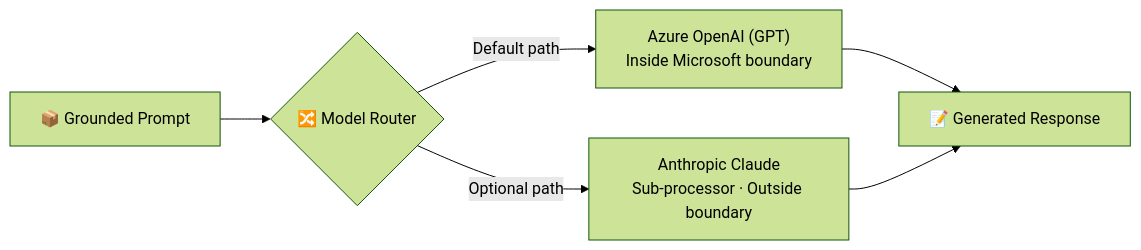
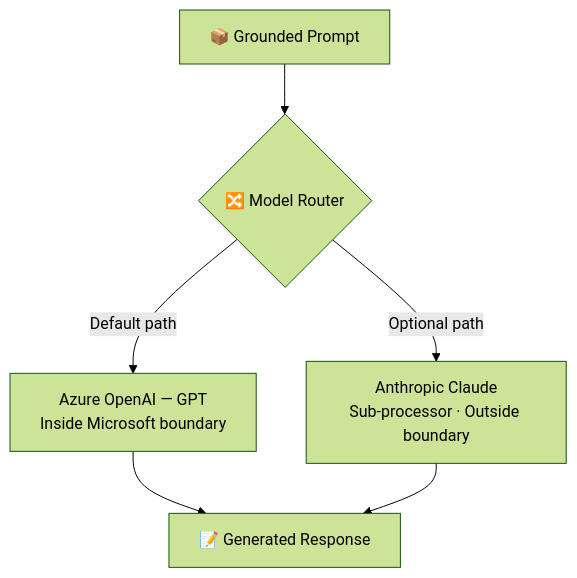
Before and after one commit to susanthgit/aguidetocloud-revamp: the fifth of 8 diagrams in content/blog/how-microsoft-365-copilot-works-layer-by-layer.md, drawn with Mermaid (forest theme). The commit also changed other lines of this file, not shown here.

First line of the commit message:
improve: SME review — fix Mermaid diagrams + add TL;DR + misconceptions

````diff
--- a/content/blog/how-microsoft-365-copilot-works-layer-by-layer.md
+++ b/content/blog/how-microsoft-365-copilot-works-layer-by-layer.md
@@ -283,8 +297,8 @@
 ```mermaid
-flowchart LR
+flowchart TD
     A["📦 Grounded Prompt"] --> B{"🔀 Model Router"}
-    B -->|"Default path"| C["Azure OpenAI (GPT)<br/>Inside Microsoft boundary"]
+    B -->|"Default path"| C["Azure OpenAI — GPT<br/>Inside Microsoft boundary"]
     B -->|"Optional path"| D["Anthropic Claude<br/>Sub-processor · Outside boundary"]
     C --> E["📝 Generated Response"]
     D --> E
 ```
````
